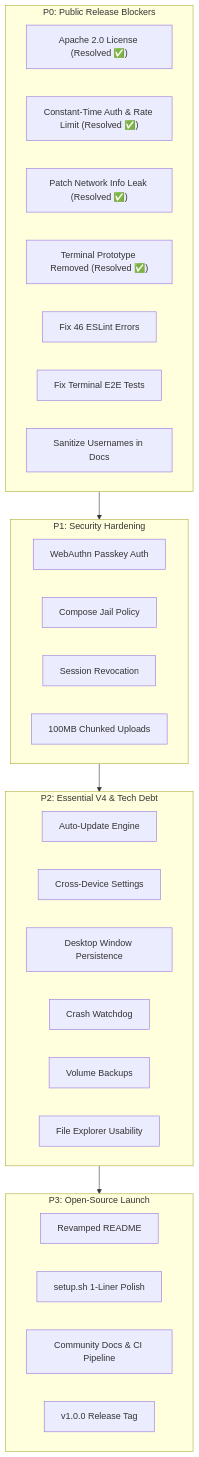
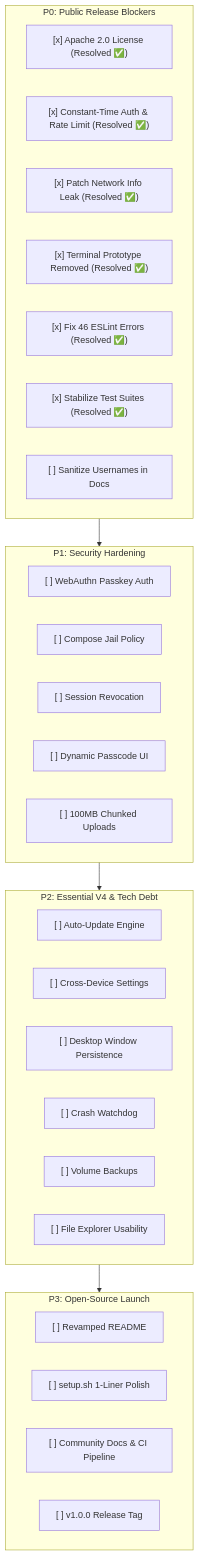
Before and after one commit to Cypher0071/Home_Cloud: the diagram in docs/launch_changes.md, drawn with Mermaid. The commit also changed other lines of this file, not shown here.

Commit message:
docs: add visual checkboxes and progress tick marks to launch roadmap

````diff
--- a/docs/launch_changes.md
+++ b/docs/launch_changes.md
@@ -276,39 +352,40 @@
 ```mermaid
 flowchart TD
     subgraph P0["P0: Public Release Blockers"]
-        L["Apache 2.0 License (Resolved ✅)"]
-        A["Constant-Time Auth & Rate Limit (Resolved ✅)"]
-        N["Patch Network Info Leak (Resolved ✅)"]
-        T["Terminal Prototype Removed (Resolved ✅)"]
-        E[Fix 46 ESLint Errors]
-        TS[Fix Terminal E2E Tests]
-        S[Sanitize Usernames in Docs]
+        L["[x] Apache 2.0 License (Resolved ✅)"]
+        A["[x] Constant-Time Auth & Rate Limit (Resolved ✅)"]
+        N["[x] Patch Network Info Leak (Resolved ✅)"]
+        T["[x] Terminal Prototype Removed (Resolved ✅)"]
+        E["[x] Fix 46 ESLint Errors (Resolved ✅)"]
+        TS["[x] Stabilize Test Suites (Resolved ✅)"]
+        S["[ ] Sanitize Usernames in Docs"]
     end
 
     subgraph P1["P1: Security Hardening"]
-        W[WebAuthn Passkey Auth]
-        J[Compose Jail Policy]
-        R[Session Revocation]
-        U[100MB Chunked Uploads]
+        W["[ ] WebAuthn Passkey Auth"]
+        J["[ ] Compose Jail Policy"]
+        R["[ ] Session Revocation"]
+        P["[ ] Dynamic Passcode UI"]
+        U["[ ] 100MB Chunked Uploads"]
     end
 
     subgraph P2["P2: Essential V4 & Tech Debt"]
-        AU[Auto-Update Engine]
-        SP[Cross-Device Settings]
-        WP[Desktop Window Persistence]
-        CW[Crash Watchdog]
-        BK[Volume Backups]
-        FE[File Explorer Usability]
+        AU["[ ] Auto-Update Engine"]
+        SP["[ ] Cross-Device Settings"]
+        WP["[ ] Desktop Window Persistence"]
+        CW["[ ] Crash Watchdog"]
+        BK["[ ] Volume Backups"]
+        FE["[ ] File Explorer Usability"]
     end
 
     subgraph P3["P3: Open-Source Launch"]
-        RM[Revamped README]
-        ST[setup.sh 1-Liner Polish]
-        GH[Community Docs & CI Pipeline]
-        REL[v1.0.0 Release Tag]
+        RM["[ ] Revamped README"]
+        ST["[ ] setup.sh 1-Liner Polish"]
+        GH["[ ] Community Docs & CI Pipeline"]
+        REL["[ ] v1.0.0 Release Tag"]
     end
 
     P0 --> P1
     P1 --> P2
     P2 --> P3
 ```
````
